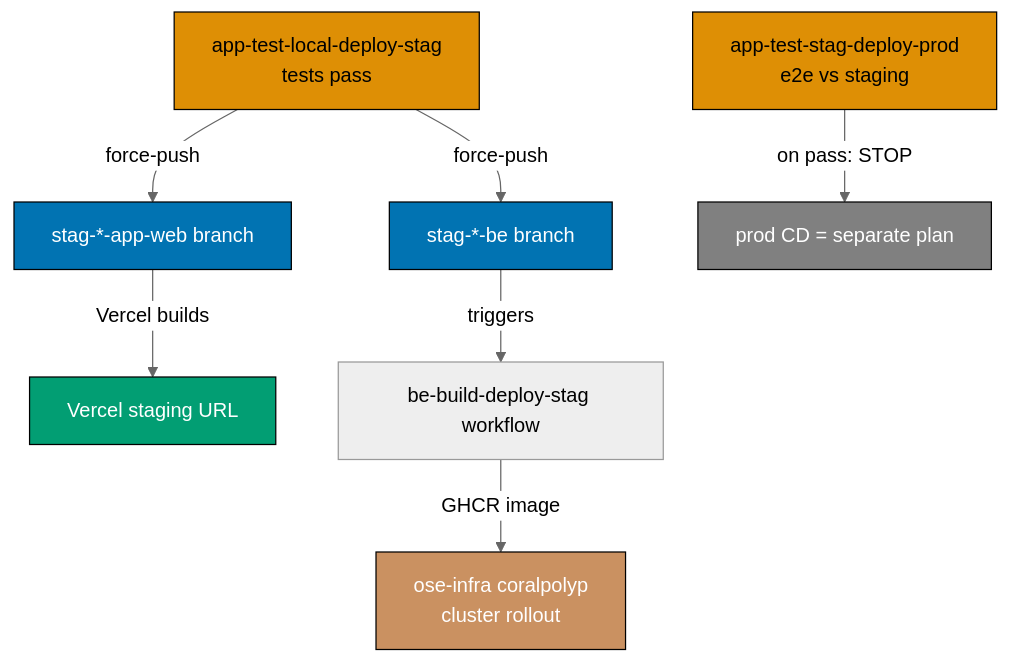
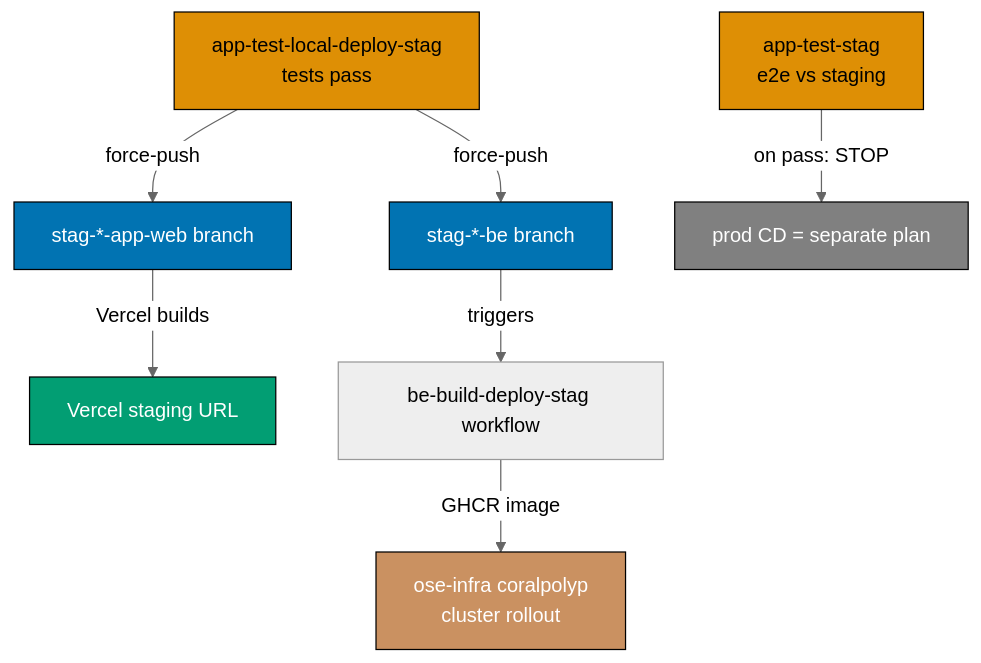
Before and after one commit to wahidyankf/baseerah: the diagram in repo-governance/development/infra/github-actions-workflow-naming.md, drawn with Mermaid (neutral theme). The commit also changed other lines of this file and 12 other files, not shown here.

First line of the commit message:
refactor(ci): apply -deploy-prod rename content edits

````diff
--- a/repo-governance/development/infra/github-actions-workflow-naming.md
+++ b/repo-governance/development/infra/github-actions-workflow-naming.md
@@ -138,17 +138,17 @@
 ```mermaid
 flowchart TD
     A[app-test-local-deploy-stag<br/>tests pass] -->|force-push| W[stag-*-app-web branch]
     A -->|force-push| B[stag-*-be branch]
     W -->|Vercel builds| VS[Vercel staging URL]
     B -->|triggers| BD[be-build-deploy-stag workflow]
     BD -->|GHCR image| CP[ose-infra coralpolyp<br/>cluster rollout]
-    A2[app-test-stag-deploy-prod<br/>e2e vs staging] -->|on pass: STOP| X[prod CD = separate plan]
+    A2[app-test-stag<br/>e2e vs staging] -->|on pass: STOP| X[prod CD = separate plan]
 
     style A fill:#DE8F05,stroke:#000,color:#000
     style A2 fill:#DE8F05,stroke:#000,color:#000
     style W fill:#0173B2,stroke:#000,color:#FFF
     style B fill:#0173B2,stroke:#000,color:#FFF
     style VS fill:#029E73,stroke:#000,color:#FFF
     style CP fill:#CA9161,stroke:#000,color:#FFF
     style X fill:#808080,stroke:#000,color:#FFF
 ```
````
